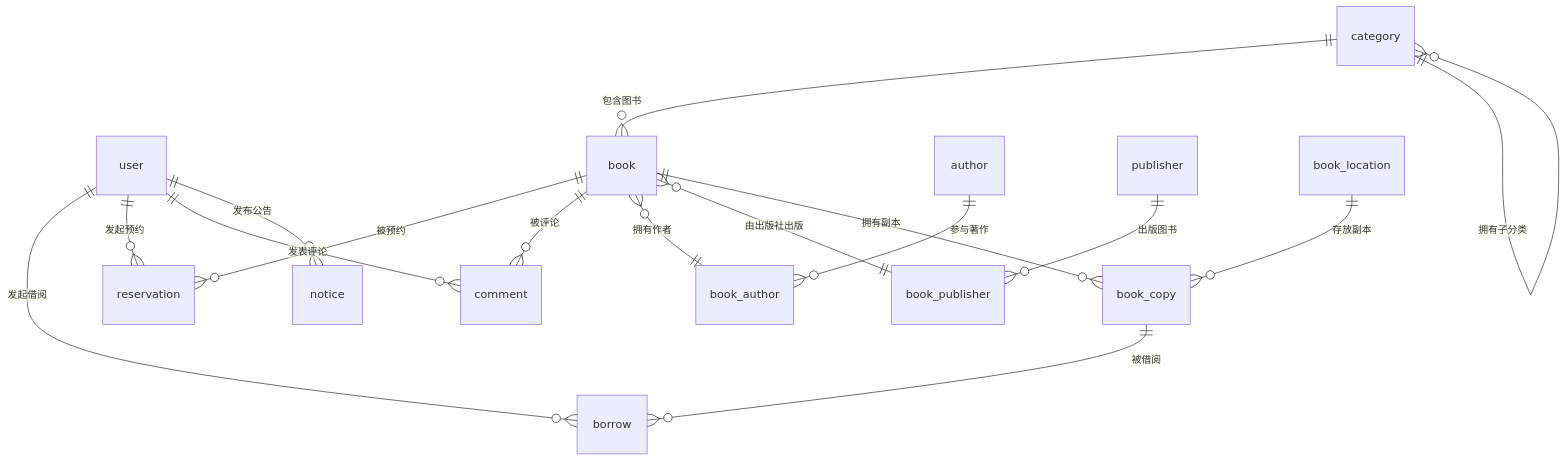
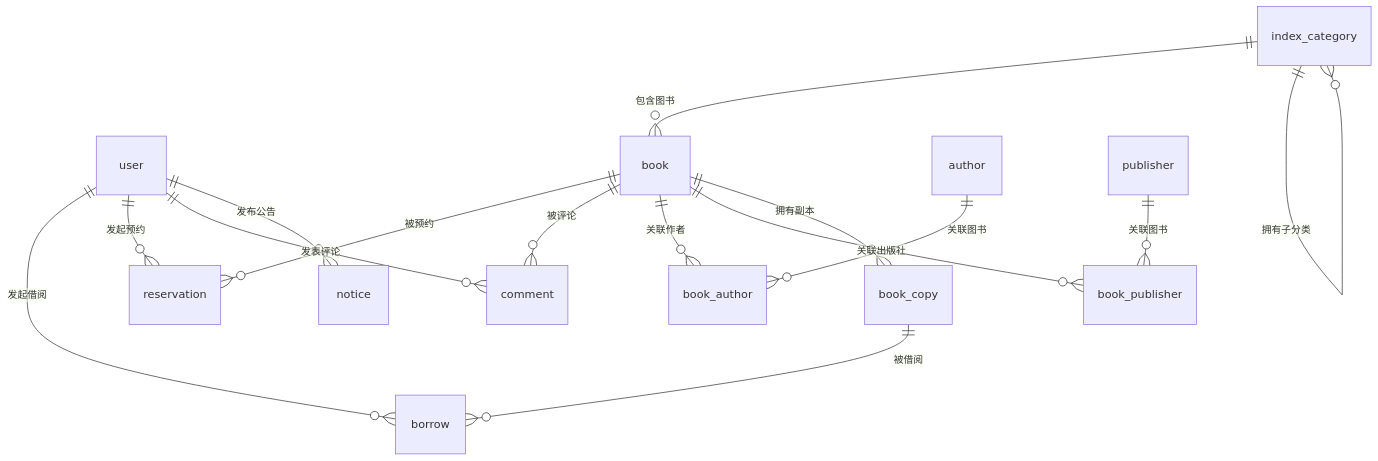
One commit to Aaron-212/online-library-management changed the diagram in backend/TABLES.md. Above: the diagram before and after it, drawn with Mermaid.

Commit message:
Update E-R Diagram relationships in TABLES.md

````diff
--- a/backend/TABLES.md
+++ b/backend/TABLES.md
@@ -152,18 +152,17 @@
 ```mermaid
 erDiagram
     user ||--o{ borrow : "发起借阅"
     book_copy ||--o{ borrow : "被借阅"
     user ||--o{ reservation : "发起预约"
     book ||--o{ reservation : "被预约"
     user ||--o{ comment : "发表评论"
     book ||--o{ comment : "被评论"
     user ||--o{ notice : "发布公告"
-    book }o--|| book_author : "拥有作者"
-    author ||--o{ book_author : "参与著作"
-    book }o--|| book_publisher : "由出版社出版"
-    publisher ||--o{ book_publisher : "出版图书"
-    category ||--o{ book : "包含图书"
-    category ||--o{ category : "拥有子分类"
+    book ||--o{ book_author : "关联作者"
+    author ||--o{ book_author : "关联图书"
+    book ||--o{ book_publisher : "关联出版社"
+    publisher ||--o{ book_publisher : "关联图书"
+    index_category ||--o{ book : "包含图书"
+    index_category ||--o{ index_category : "拥有子分类"
     book ||--o{ book_copy : "拥有副本"
-    book_location ||--o{ book_copy : "存放副本"
 ```
````
